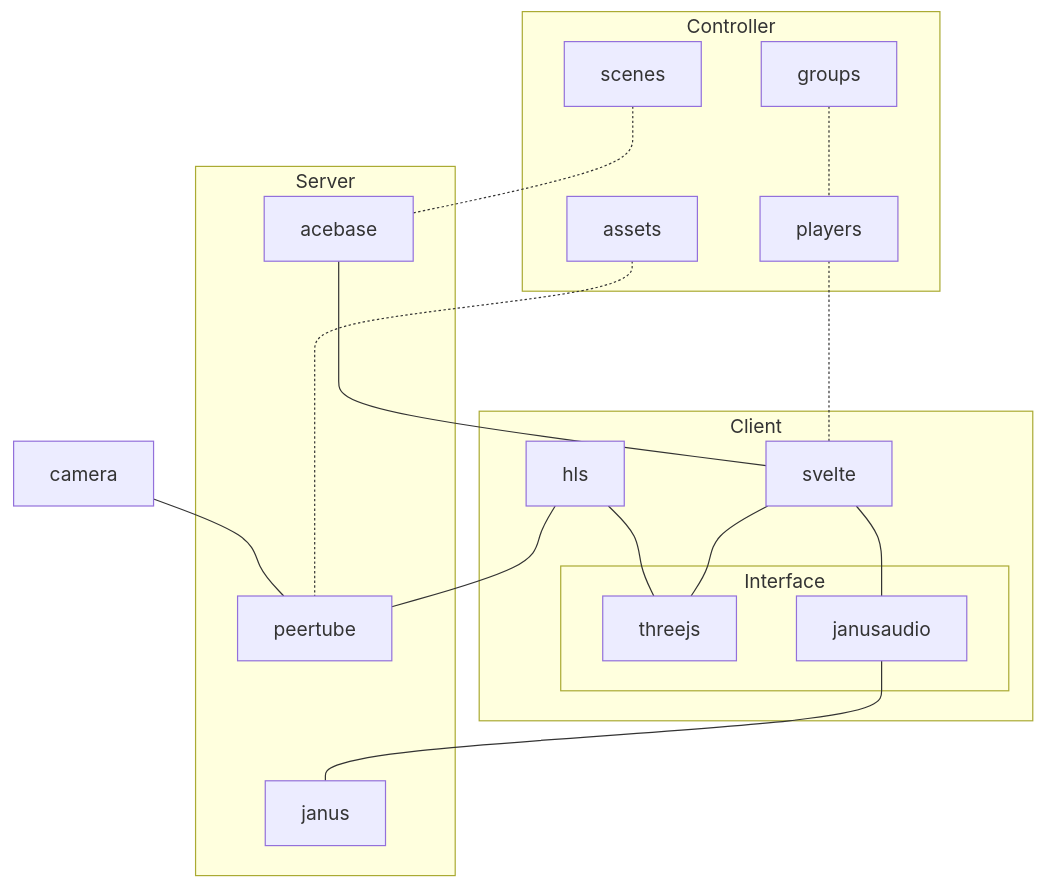
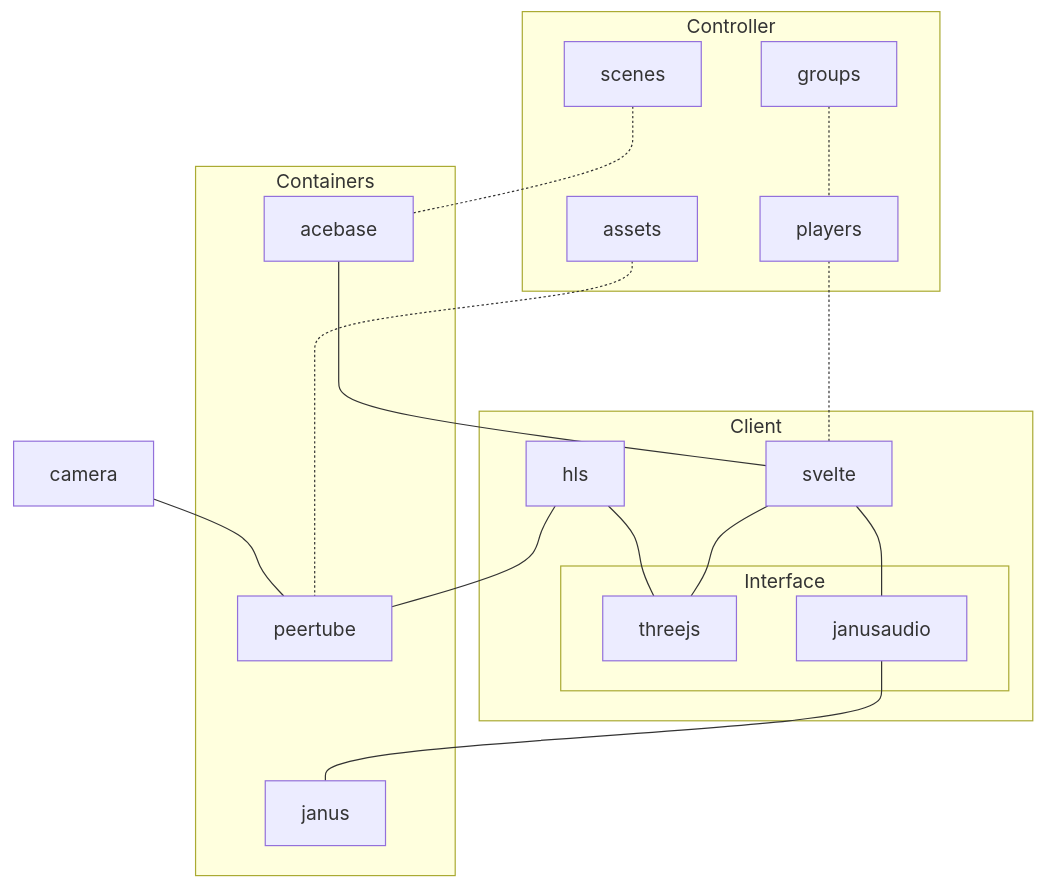
The diagram in README.md (retani/360vr), drawn with Mermaid before and after one commit.

````diff
--- a/README.md
+++ b/README.md
@@ -3,43 +3,43 @@
 ```mermaid
 
 graph TD
 
-    subgraph Server
+    subgraph Containers
       acebase
       janus
       peertube
     end
 
     subgraph Client
       svelte
       hls
       subgraph Interface
         threejs
         janusaudio
       end
     end
 
     subgraph Controller
       scenes
       assets
       players
       groups
     end
     
     acebase ---- svelte
     janusaudio --- janus
     hls --- peertube
 
     svelte --- threejs
     hls --- threejs
 
     svelte --- janusaudio
 
     assets -.- peertube
     scenes -.- acebase
     players -.- svelte
     groups -.- players
     
     camera --- peertube
     
 ```
````
